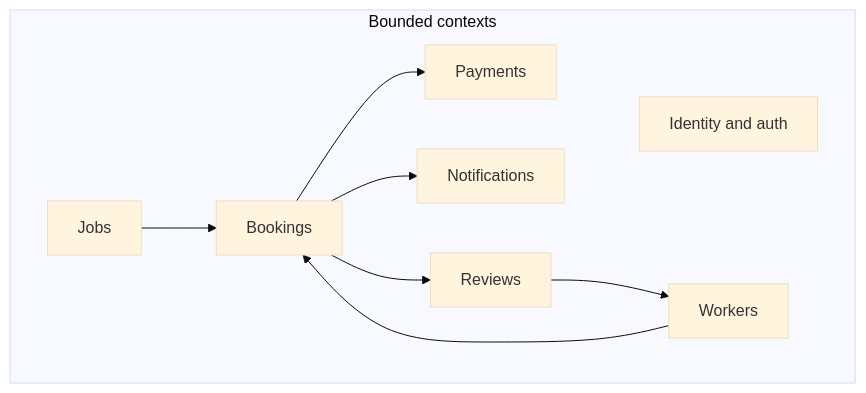
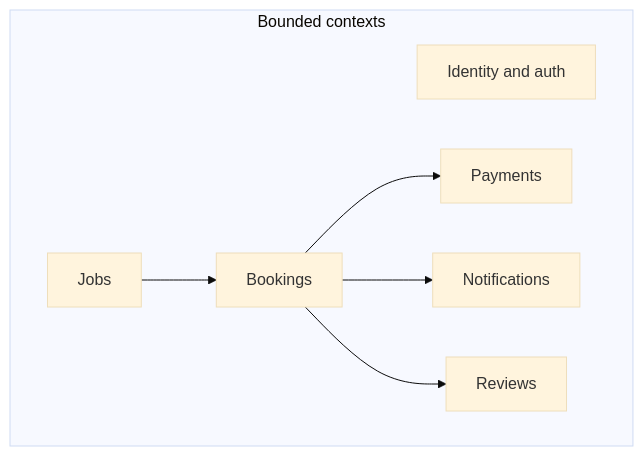
One commit to oukhali99/gig-platform-demo changed the second of 2 diagrams in docs/01-product-and-domain.md. Above: the diagram before and after it, drawn with Mermaid (base theme). The commit also changed other lines of this file and 14 other files, not shown here.

````diff
--- a/docs/01-product-and-domain.md
+++ b/docs/01-product-and-domain.md
@@ -65,18 +64,15 @@
 ```mermaid
 flowchart TB
   subgraph contexts [Bounded contexts]
     Identity[Identity and auth]
     Jobs[Jobs]
-    Workers[Workers]
     Bookings[Bookings]
     Payments[Payments]
     Notifications[Notifications]
     Reviews[Reviews]
   end
   Jobs --> Bookings
-  Workers --> Bookings
   Bookings --> Payments
   Bookings --> Notifications
   Bookings --> Reviews
-  Reviews --> Workers
 ```
````
